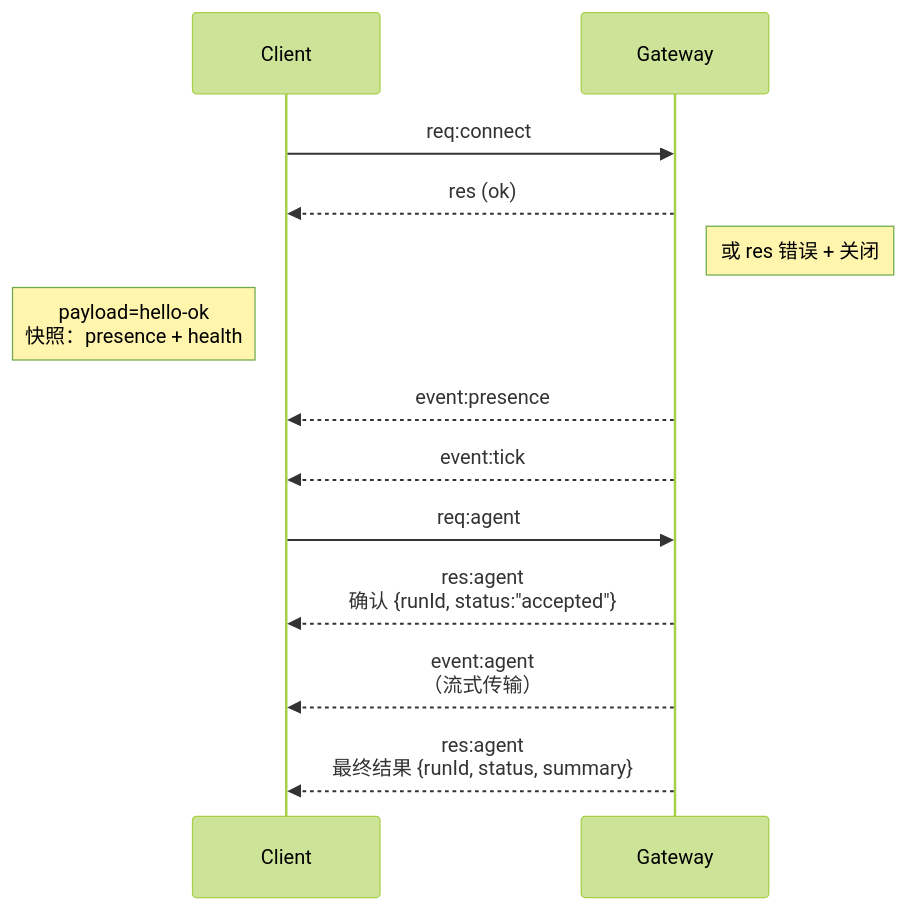
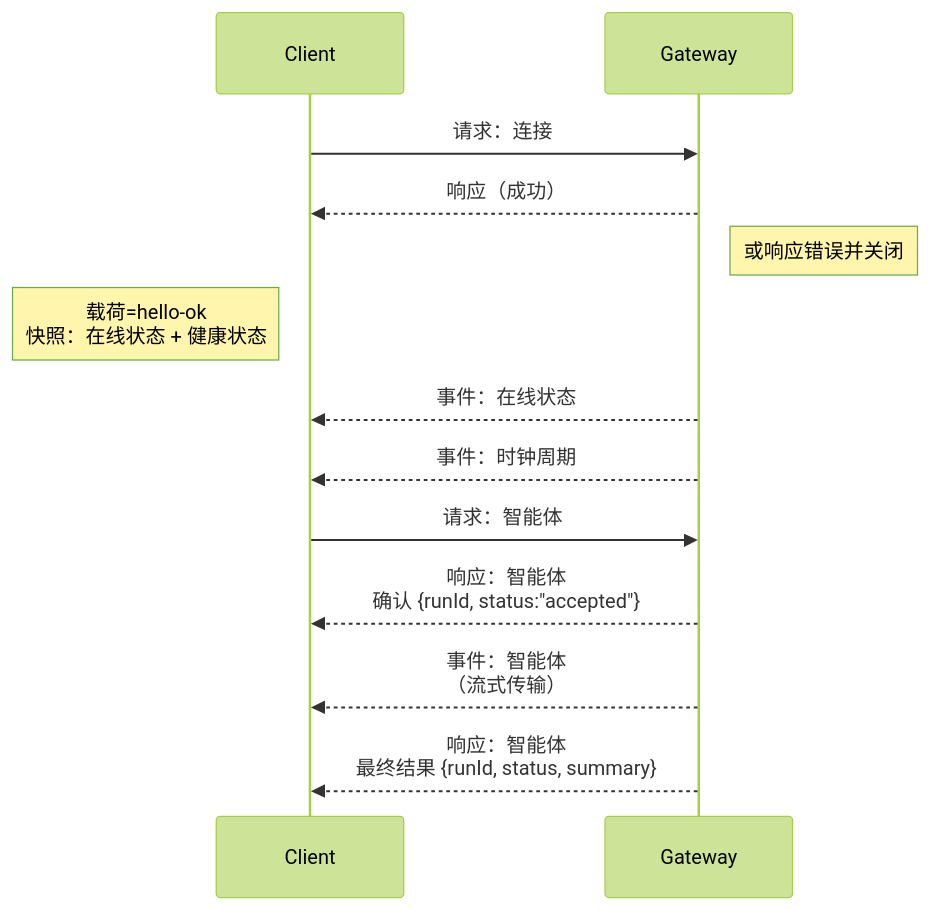
Before and after one commit to is0383kk/ai-docs-sync-workflow: the diagram in openclaw-docs/zh-CN/concepts/architecture.md, drawn with Mermaid (forest theme). The commit also changed other lines of this file and 11096 other files, not shown here.

````diff
--- a/openclaw-docs/zh-CN/concepts/architecture.md
+++ b/openclaw-docs/zh-CN/concepts/architecture.md
@@ -58,18 +59,18 @@
 ```mermaid
 sequenceDiagram
     participant Client
     participant Gateway
 
-    Client->>Gateway: req:connect
-    Gateway-->>Client: res (ok)
-    Note right of Gateway: 或 res 错误 + 关闭
-    Note left of Client: payload=hello-ok<br>快照：presence + health
+    Client->>Gateway: 请求：连接
+    Gateway-->>Client: 响应（成功）
+    Note right of Gateway: 或响应错误并关闭
+    Note left of Client: 载荷=hello-ok<br>快照：在线状态 + 健康状态
 
-    Gateway-->>Client: event:presence
-    Gateway-->>Client: event:tick
+    Gateway-->>Client: 事件：在线状态
+    Gateway-->>Client: 事件：时钟周期
 
-    Client->>Gateway: req:agent
-    Gateway-->>Client: res:agent<br>确认 {runId, status:"accepted"}
-    Gateway-->>Client: event:agent<br>（流式传输）
-    Gateway-->>Client: res:agent<br>最终结果 {runId, status, summary}
+    Client->>Gateway: 请求：智能体
+    Gateway-->>Client: 响应：智能体<br>确认 {runId, status:"accepted"}
+    Gateway-->>Client: 事件：智能体<br>（流式传输）
+    Gateway-->>Client: 响应：智能体<br>最终结果 {runId, status, summary}
 ```
````
